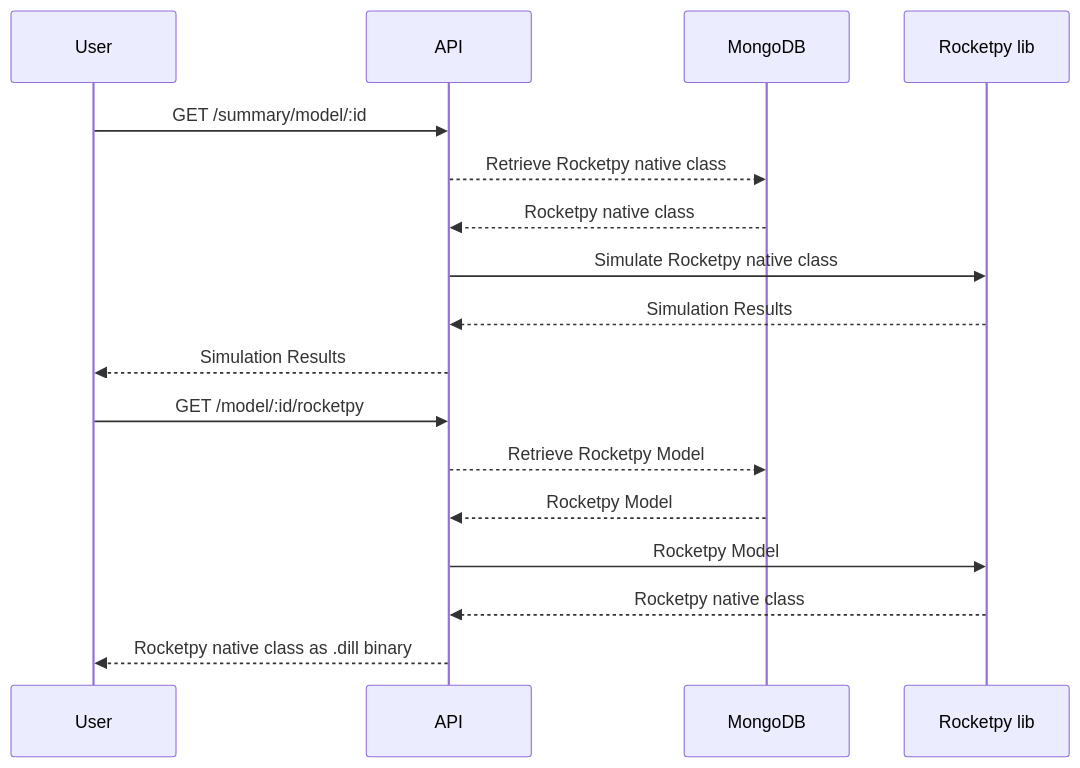
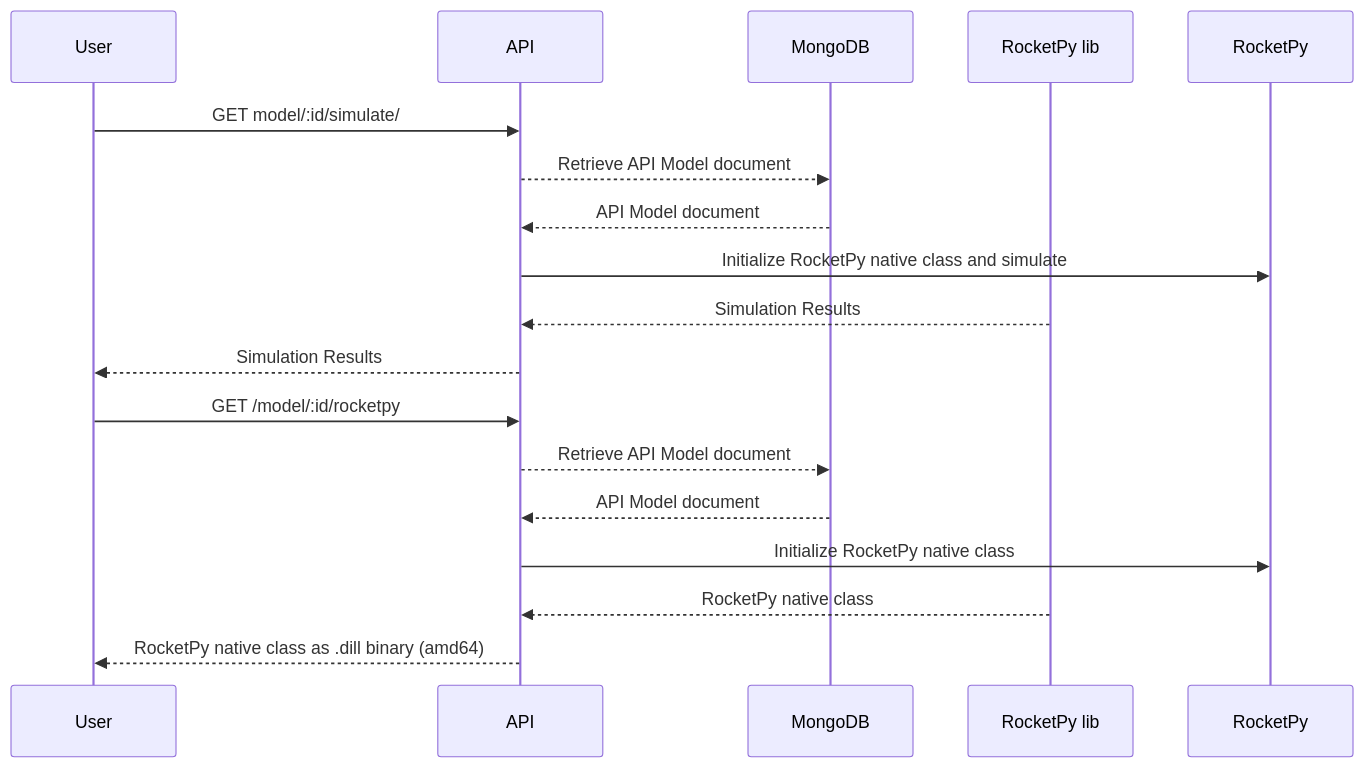
The second of 2 diagrams in README.md (RocketPy-Team/Infinity-API), drawn with Mermaid before and after one commit. The commit also changed other lines of this file and 17 other files, not shown here.

````diff
--- a/README.md
+++ b/README.md
@@ -124,21 +124,21 @@
 ```mermaid
 sequenceDiagram
     participant User
     participant API
     participant MongoDB
-    participant Rocketpy lib
+    participant RocketPy lib
 
-    User ->> API: GET /summary/model/:id
-    API -->> MongoDB: Retrieve Rocketpy native class
-    MongoDB -->> API: Rocketpy native class
-    API ->> Rocketpy lib: Simulate Rocketpy native class
-    Rocketpy lib -->> API:  Simulation Results
+    User ->> API: GET model/:id/simulate/
+    API -->> MongoDB: Retrieve API Model document
+    MongoDB -->> API: API Model document 
+    API ->> RocketPy: Initialize RocketPy native class and simulate
+    RocketPy lib -->> API: Simulation Results
     API -->> User: Simulation Results
 
     User ->> API: GET /model/:id/rocketpy
-    API -->> MongoDB: Retrieve Rocketpy Model
-    MongoDB -->> API: Rocketpy Model
-    API ->> Rocketpy lib: Rocketpy Model
-    Rocketpy lib -->> API:  Rocketpy native class
-    API -->> User: Rocketpy native class as .dill binary
+    API -->> MongoDB: Retrieve API Model document
+    MongoDB -->> API: API Model document 
+    API ->> RocketPy: Initialize RocketPy native class
+    RocketPy lib -->> API: RocketPy native class
+    API -->> User: RocketPy native class as .dill binary (amd64)
 ```
````
